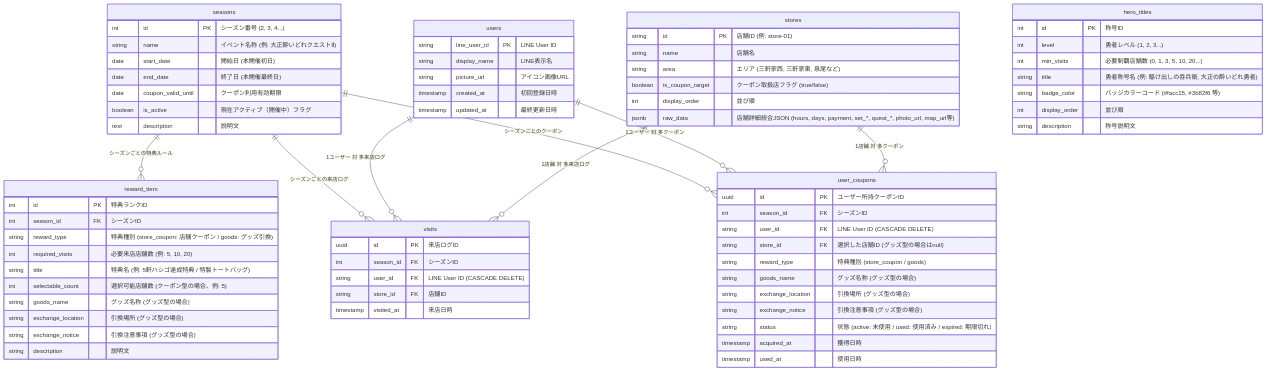
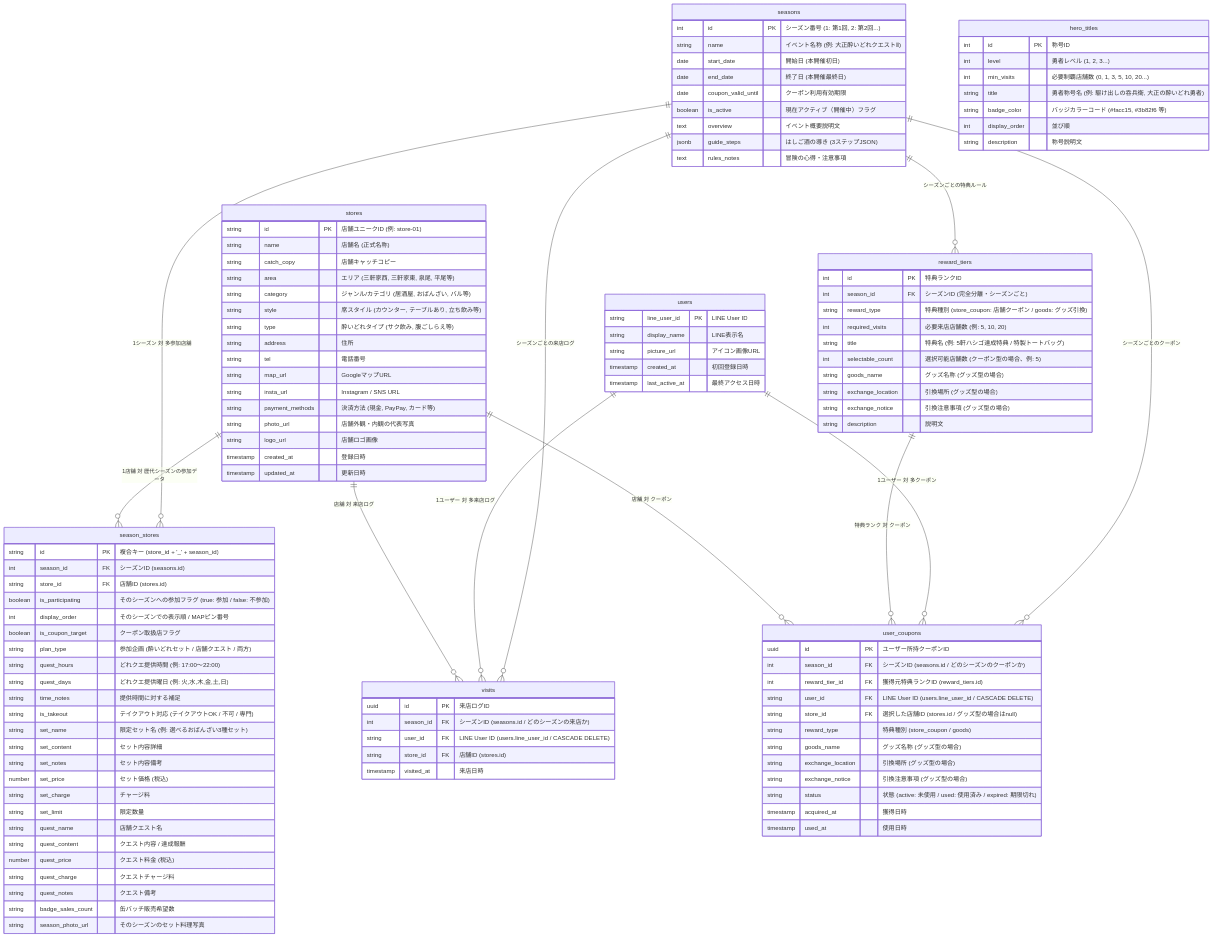
Before and after one commit to taishoyoidore-ui/yoidore-quest2: the third of 5 diagrams in SPECIFICATION.md, drawn with Mermaid. The commit also changed other lines of this file and 6 other files, not shown here.

````diff
--- a/SPECIFICATION.md
+++ b/SPECIFICATION.md
@@ -120,21 +120,26 @@
 ```mermaid
 erDiagram
+    seasons ||--o{ season_stores : "1シーズン 対 多参加店舗"
+    stores ||--o{ season_stores : "1店舗 対 歴代シーズンの参加データ"
     seasons ||--o{ reward_tiers : "シーズンごとの特典ルール"
     seasons ||--o{ visits : "シーズンごとの来店ログ"
+    users ||--o{ visits : "1ユーザー 対 多来店ログ"
+    stores ||--o{ visits : "店舗 対 来店ログ"
     seasons ||--o{ user_coupons : "シーズンごとのクーポン"
-    users ||--o{ visits : "1ユーザー 対 多来店ログ"
-    stores ||--o{ visits : "1店舗 対 多来店ログ"
     users ||--o{ user_coupons : "1ユーザー 対 多クーポン"
-    stores ||--o{ user_coupons : "1店舗 対 多クーポン"
+    reward_tiers ||--o{ user_coupons : "特典ランク 対 クーポン"
+    stores ||--o{ user_coupons : "店舗 対 クーポン"
 
     seasons {
-        int id PK "シーズン番号 (2, 3, 4...)"
+        int id PK "シーズン番号 (1: 第1回, 2: 第2回...)"
         string name "イベント名称 (例: 大正酔いどれクエストⅡ)"
         date start_date "開始日 (本開催初日)"
         date end_date "終了日 (本開催最終日)"
         date coupon_valid_until "クーポン利用有効期限"
         boolean is_active "現在アクティブ（開催中）フラグ"
-        text description "説明文"
+        text overview "イベント概要説明文"
+        jsonb guide_steps "はしご酒の導き (3ステップJSON)"
+        text rules_notes "冒険の心得・注意事項"
     }
 
     users {
@@ -142,21 +147,58 @@
         string display_name "LINE表示名"
         string picture_url "アイコン画像URL"
         timestamp created_at "初回登録日時"
-        timestamp updated_at "最終更新日時"
+        timestamp last_active_at "最終アクセス日時"
     }
 
     stores {
-        string id PK "店舗ID (例: store-01)"
-        string name "店舗名"
-        string area "エリア (三軒家西, 三軒家東, 泉尾など)"
-        boolean is_coupon_target "クーポン取扱店フラグ (true/false)"
-        int display_order "並び順"
-        jsonb raw_data "店舗詳細統合JSON (hours, days, payment, set_*, quest_*, photo_url, map_url等)"
+        string id PK "店舗ユニークID (例: store-01)"
+        string name "店舗名 (正式名称)"
+        string catch_copy "店舗キャッチコピー"
+        string area "エリア (三軒家西, 三軒家東, 泉尾, 平尾等)"
+        string category "ジャンル/カテゴリ (居酒屋, おばんざい, バル等)"
+        string style "席スタイル (カウンター, テーブルあり, 立ち飲み等)"
+        string type "酔いどれタイプ (サク飲み, 腹ごしらえ等)"
+        string address "住所"
+        string tel "電話番号"
+        string map_url "GoogleマップURL"
+        string insta_url "Instagram / SNS URL"
+        string payment_methods "決済方法 (現金, PayPay, カード等)"
+        string photo_url "店舗外観・内観の代表写真"
+        string logo_url "店舗ロゴ画像"
+        timestamp created_at "登録日時"
+        timestamp updated_at "更新日時"
+    }
+
+    season_stores {
+        string id PK "複合キー (store_id + '_' + season_id)"
+        int season_id FK "シーズンID (seasons.id)"
+        string store_id FK "店舗ID (stores.id)"
+        boolean is_participating "そのシーズンへの参加フラグ (true: 参加 / false: 不参加)"
+        int display_order "そのシーズンでの表示順 / MAPピン番号"
+        boolean is_coupon_target "クーポン取扱店フラグ"
+        string plan_type "参加企画 (酔いどれセット / 店舗クエスト / 両方)"
+        string quest_hours "どれクエ提供時間 (例: 17:00〜22:00)"
+        string quest_days "どれクエ提供曜日 (例: 火,水,木,金,土,日)"
+        string time_notes "提供時間に対する補足"
+        string is_takeout "テイクアウト対応 (テイクアウトOK / 不可 / 専門)"
+        string set_name "限定セット名 (例: 選べるおばんざい3種セット)"
+        string set_content "セット内容詳細"
+        string set_notes "セット内容備考"
+        number set_price "セット価格 (税込)"
+        string set_charge "チャージ料"
+        string set_limit "限定数量"
+        string quest_name "店舗クエスト名"
+        string quest_content "クエスト内容 / 達成報酬"
+        number quest_price "クエスト料金 (税込)"
+        string quest_charge "クエストチャージ料"
+        string quest_notes "クエスト備考"
+        string badge_sales_count "缶バッチ販売希望数"
+        string season_photo_url "そのシーズンのセット料理写真"
     }
 
     reward_tiers {
         int id PK "特典ランクID"
-        int season_id FK "シーズンID"
+        int season_id FK "シーズンID (完全分離・シーズンごと)"
         string reward_type "特典種別 (store_coupon: 店舗クーポン / goods: グッズ引換)"
         int required_visits "必要来店店舗数 (例: 5, 10, 20)"
         string title "特典名 (例: 5軒ハシゴ達成特典 / 特製トートバッグ)"
@@ -179,17 +221,18 @@
 
     visits {
         uuid id PK "来店ログID"
-        int season_id FK "シーズンID"
-        string user_id FK "LINE User ID (CASCADE DELETE)"
-        string store_id FK "店舗ID"
+        int season_id FK "シーズンID (seasons.id / どのシーズンの来店か)"
+        string user_id FK "LINE User ID (users.line_user_id / CASCADE DELETE)"
+        string store_id FK "店舗ID (stores.id)"
         timestamp visited_at "来店日時"
     }
 
     user_coupons {
         uuid id PK "ユーザー所持クーポンID"
-        int season_id FK "シーズンID"
-        string user_id FK "LINE User ID (CASCADE DELETE)"
-        string store_id FK "選択した店舗ID (グッズ型の場合はnull)"
+        int season_id FK "シーズンID (seasons.id / どのシーズンのクーポンか)"
+        int reward_tier_id FK "獲得元特典ランクID (reward_tiers.id)"
+        string user_id FK "LINE User ID (users.line_user_id / CASCADE DELETE)"
+        string store_id FK "選択した店舗ID (stores.id / グッズ型の場合はnull)"
         string reward_type "特典種別 (store_coupon / goods)"
         string goods_name "グッズ名称 (グッズ型の場合)"
         string exchange_location "引換場所 (グッズ型の場合)"
````
